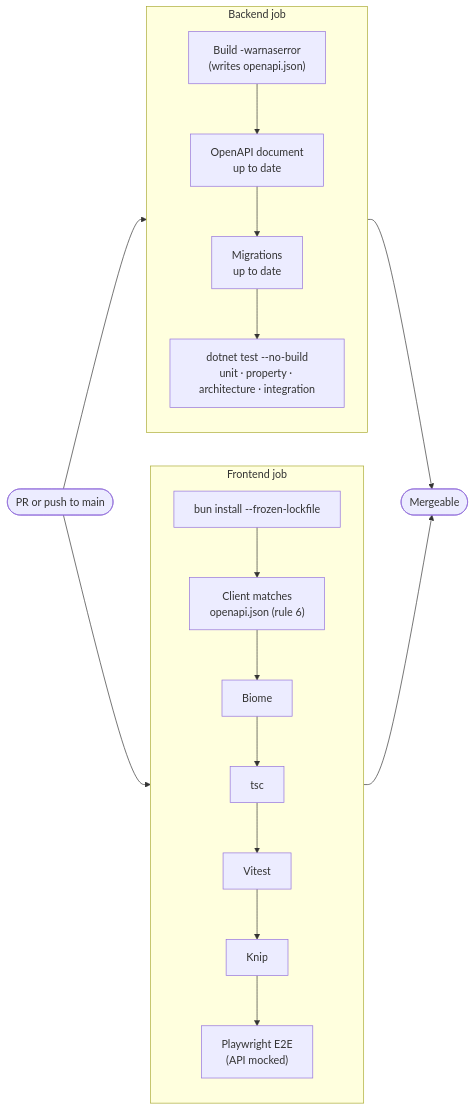
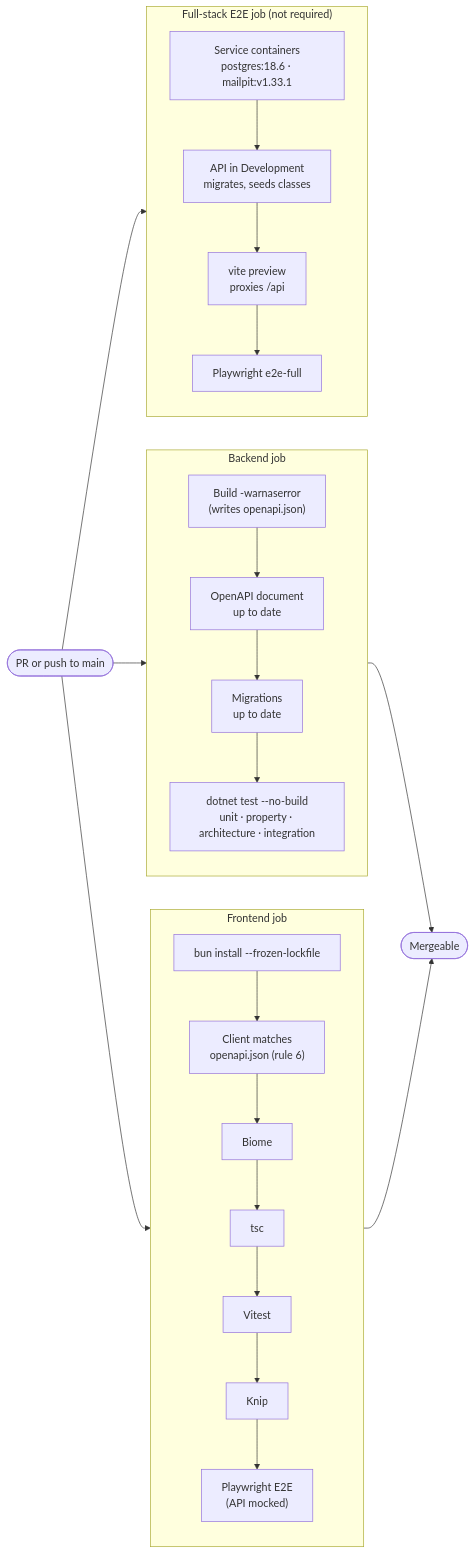
The second of 3 diagrams in docs/testing.md (Gafion/FitnessCenterSystem), drawn with Mermaid before and after one commit. The commit also changed other lines of this file and 8 other files, not shown here.

First line of the commit message:
FIT-59: full-stack E2E flows in CI (D-043)

````diff
--- a/docs/testing.md
+++ b/docs/testing.md
@@ -86,12 +95,15 @@
 ```mermaid
 flowchart LR
-  PR([PR or push to main]) --> BJ & FJ
+  PR([PR or push to main]) --> BJ & FJ & SJ
   subgraph BJ["Backend job"]
     B1["Build -warnaserror<br/>(writes openapi.json)"] --> B2["OpenAPI document<br/>up to date"] --> B3["Migrations<br/>up to date"] --> B4["dotnet test --no-build<br/>unit · property · architecture · integration"]
   end
   subgraph FJ["Frontend job"]
     F1["bun install --frozen-lockfile"] --> F2["Client matches<br/>openapi.json (rule 6)"] --> F3["Biome"] --> F4["tsc"] --> F5["Vitest"] --> F6["Knip"] --> F7["Playwright E2E<br/>(API mocked)"]
   end
+  subgraph SJ["Full-stack E2E job (not required)"]
+    S1["Service containers<br/>postgres:18.6 · mailpit:v1.33.1"] --> S2["API in Development<br/>migrates, seeds classes"] --> S3["vite preview<br/>proxies /api"] --> S4["Playwright e2e-full"]
+  end
   BJ --> OK([Mergeable])
   FJ --> OK
 ```
````
